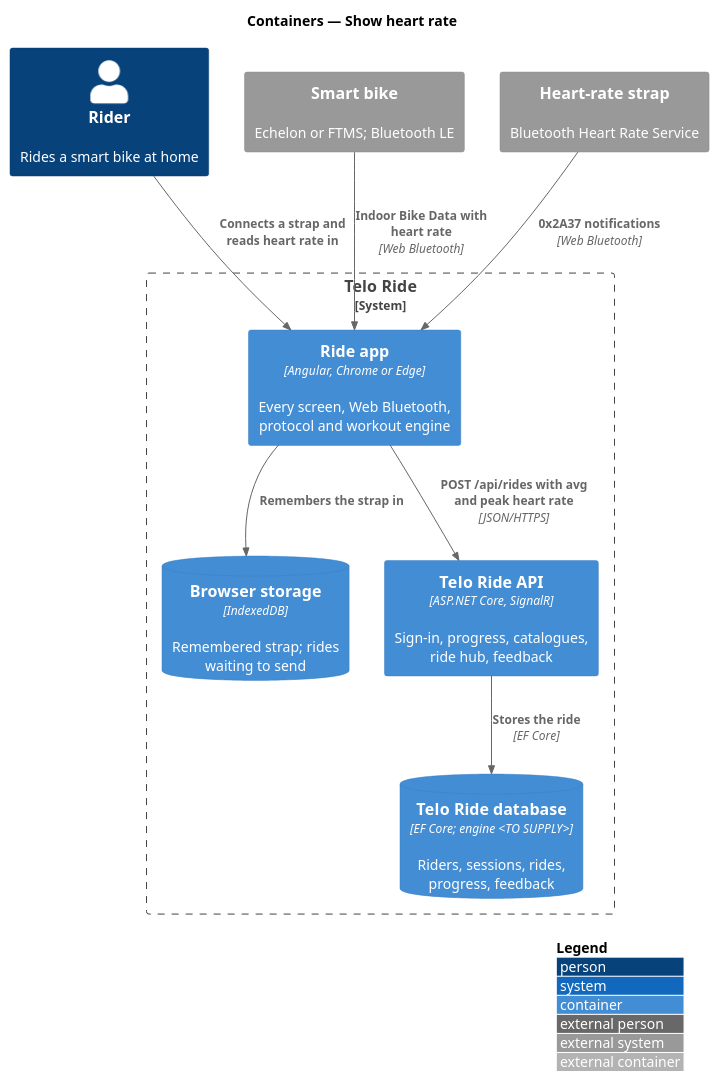
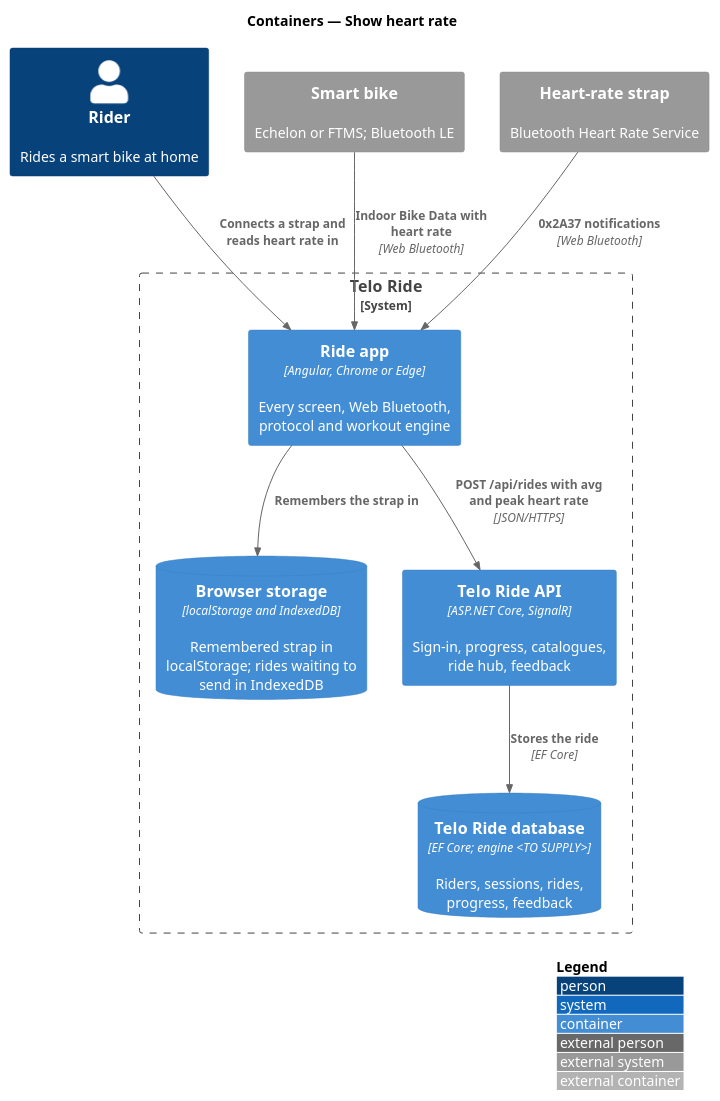
Before and after one commit to QuinntyneBrown/ride-one: the diagram in docs/detailed-designs/bike/show-heart-rate/diagrams/c4-container.puml, drawn with PlantUML. The commit also changed 5 other files, not shown here.

```diff
--- a/docs/detailed-designs/bike/show-heart-rate/diagrams/c4-container.puml
+++ b/docs/detailed-designs/bike/show-heart-rate/diagrams/c4-container.puml
@@ -1,20 +1,20 @@
 @startuml
 !include <C4/C4_Container>
 LAYOUT_WITH_LEGEND()
 title Containers — Show heart rate
 Person(rider, "Rider", "Rides a smart bike at home")
 System_Ext(bike, "Smart bike", "Echelon or FTMS; Bluetooth LE")
 System_Ext(strap, "Heart-rate strap", "Bluetooth Heart Rate Service")
 System_Boundary(telo, "Telo Ride") {
   Container(app, "Ride app", "Angular, Chrome or Edge", "Every screen, Web Bluetooth, protocol and workout engine")
-  ContainerDb(idb, "Browser storage", "IndexedDB", "Remembered strap; rides waiting to send")
+  ContainerDb(idb, "Browser storage", "localStorage and IndexedDB", "Remembered strap in localStorage; rides waiting to send in IndexedDB")
   Container(api, "Telo Ride API", "ASP.NET Core, SignalR", "Sign-in, progress, catalogues, ride hub, feedback")
   ContainerDb(db, "Telo Ride database", "EF Core; engine <TO SUPPLY>", "Riders, sessions, rides, progress, feedback")
 }
 Rel(rider, app, "Connects a strap and reads heart rate in")
 Rel(bike, app, "Indoor Bike Data with heart rate", "Web Bluetooth")
 Rel(strap, app, "0x2A37 notifications", "Web Bluetooth")
 Rel(app, idb, "Remembers the strap in")
 Rel(app, api, "POST /api/rides with avg and peak heart rate", "JSON/HTTPS")
 Rel(api, db, "Stores the ride", "EF Core")
 @enduml
```
